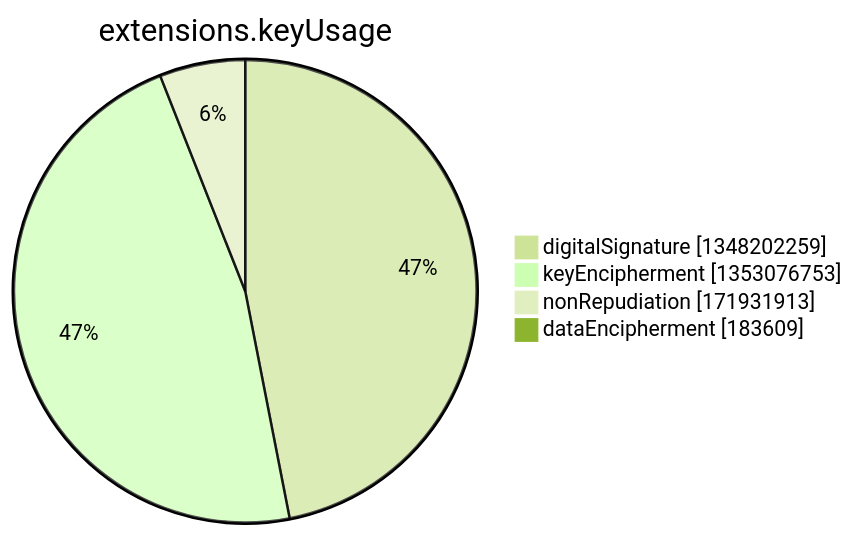
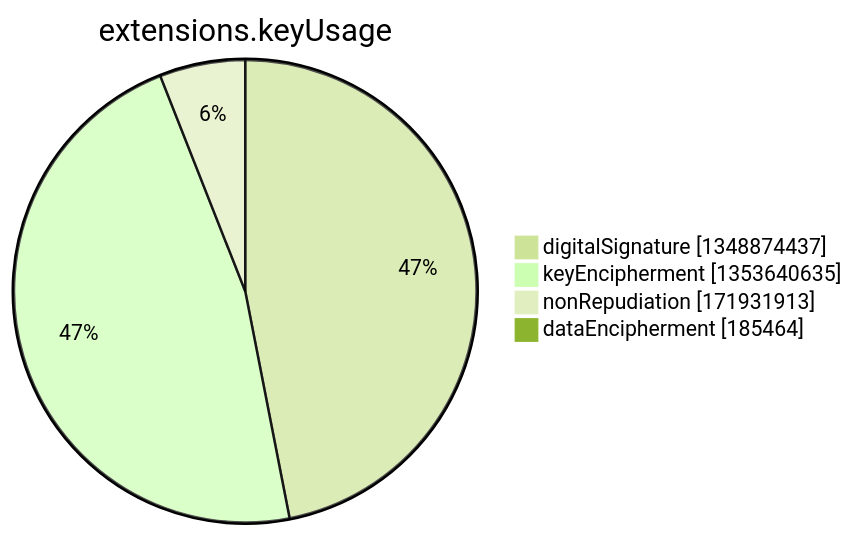
One commit to christiankrug/ctmonitor_visualization changed the seventh of 15 diagrams in argon2022/README.md. Above: the diagram before and after it, drawn with Mermaid (forest theme). The commit also changed other lines of this file, not shown here.

````diff
--- a/argon2022/README.md
+++ b/argon2022/README.md
@@ -2750,8 +2750,8 @@
 ```mermaid
 pie showData
 title extensions.keyUsage
-"digitalSignature" :1348202259
-"keyEncipherment" :1353076753
+"digitalSignature" :1348874437
+"keyEncipherment" :1353640635
 "nonRepudiation" :171931913
-"dataEncipherment" :183609
+"dataEncipherment" :185464
 ```
````
